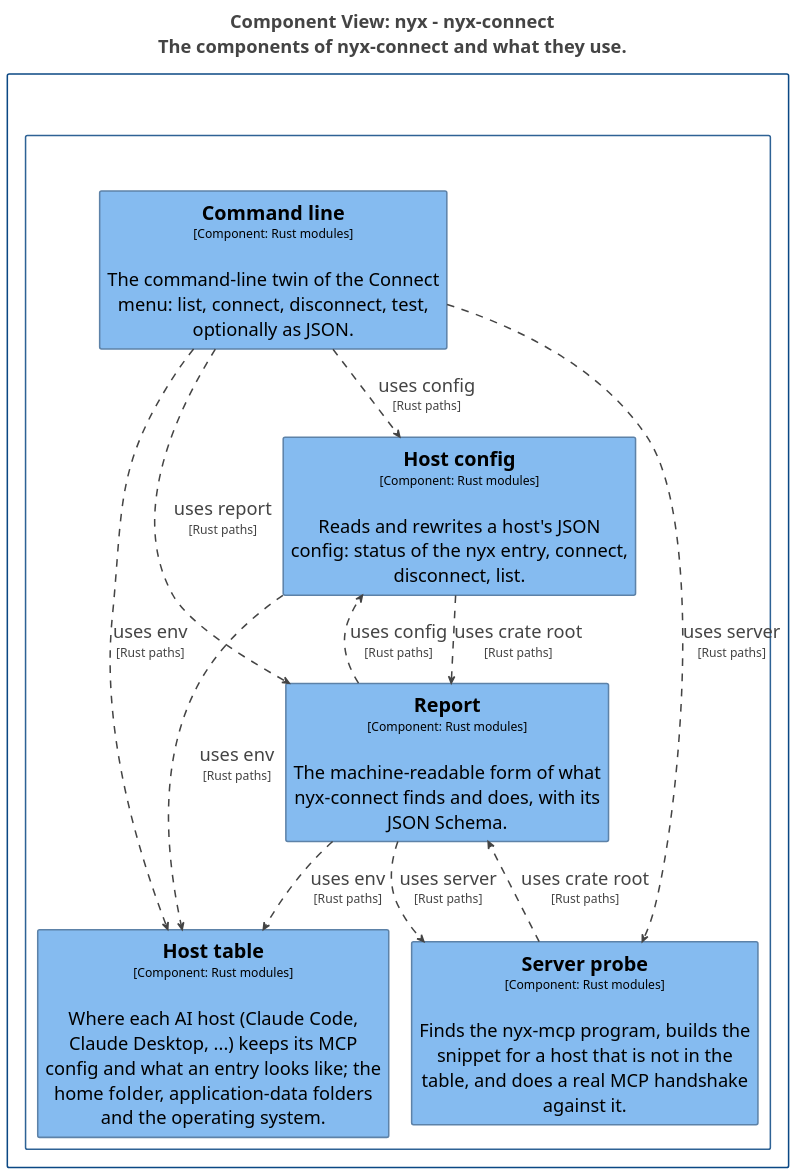
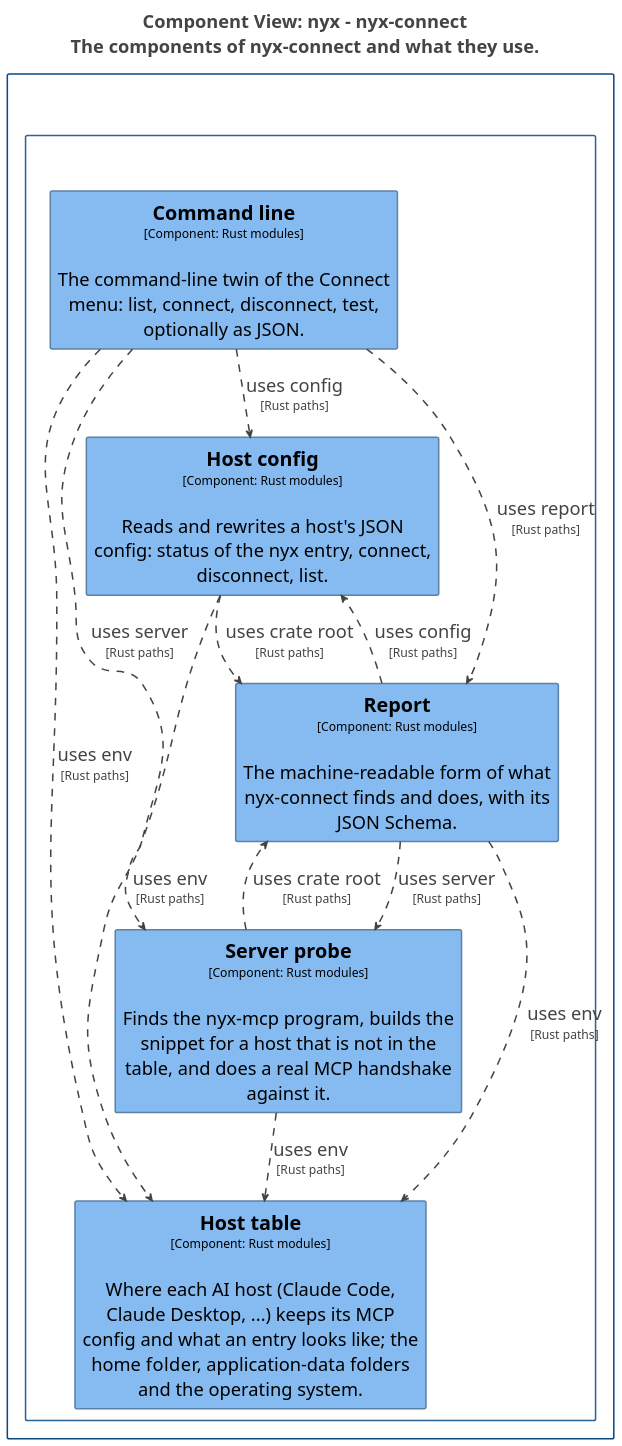
One commit to p-j-r/nyx changed the diagram in docs/architecture/c4/export/plantuml/structurizr-Components_connect.puml. Above: the diagram before and after it, drawn with PlantUML. The commit also changed 36 other files, not shown here.

```diff
--- a/docs/architecture/c4/export/plantuml/structurizr-Components_connect.puml
+++ b/docs/architecture/c4/export/plantuml/structurizr-Components_connect.puml
@@ -1,81 +1,82 @@
 @startuml
 title <size:24>Component View: nyx - nyx-connect</size>\n<size:24>The components of nyx-connect and what they use.</size>
 
 set separator none
 top to bottom direction
 skinparam ranksep 60
 skinparam nodesep 30
 hide stereotype
 
 <style>
   root {
     BackgroundColor: #ffffff;
     FontColor: #444444;
   }
   // Element,Component
   .Element-RWxlbWVudCxDb21wb25lbnQ= {
     BackgroundColor: #85bbf0;
     LineColor: #5d82a8;
     LineStyle: 0;
     LineThickness: 2;
     FontColor: #000000;
     FontSize: 24;
     HorizontalAlignment: center;
     Shadowing: 0;
     MaximumWidth: 450;
   }
   // Relationship
   .Relationship-UmVsYXRpb25zaGlw {
     LineThickness: 2;
     LineStyle: 10-10;
     LineColor: #444444;
     FontColor: #444444;
     FontSize: 24;
   }
   // nyx
   .Boundary-bnl4 {
     BackgroundColor: #ffffff;
     LineColor: #0b4884;
     LineStyle: 0;
     LineThickness: 2;
     FontColor: #ffffff;
     FontSize: 24;
     HorizontalAlignment: center;
     Shadowing: 0;
   }
   // nyx-connect
   .Boundary-bnl4LWNvbm5lY3Q= {
     BackgroundColor: #ffffff;
     LineColor: #2e6295;
     LineStyle: 0;
     LineThickness: 2;
     FontColor: #ffffff;
     FontSize: 24;
     HorizontalAlignment: center;
     Shadowing: 0;
   }
 </style>
 
 rectangle "nyx\n<size:16>[Software System]</size>" <<Boundary-bnl4>> {
   rectangle "nyx-connect\n<size:16>[Container: Rust library and binary]</size>" <<Boundary-bnl4LWNvbm5lY3Q=>> {
     rectangle "==Host table\n<size:16>[Component: Rust modules]</size>\n\nWhere each AI host (Claude Code, Claude Desktop, ...) keeps its MCP config and what an entry looks like; the home folder, application-data folders and the operating system." <<Element-RWxlbWVudCxDb21wb25lbnQ=>> as nyx.nyxconnect.Hosttable
     rectangle "==Host config\n<size:16>[Component: Rust modules]</size>\n\nReads and rewrites a host's JSON config: status of the nyx entry, connect, disconnect, list." <<Element-RWxlbWVudCxDb21wb25lbnQ=>> as nyx.nyxconnect.Hostconfig
     rectangle "==Server probe\n<size:16>[Component: Rust modules]</size>\n\nFinds the nyx-mcp program, builds the snippet for a host that is not in the table, and does a real MCP handshake against it." <<Element-RWxlbWVudCxDb21wb25lbnQ=>> as nyx.nyxconnect.Serverprobe
     rectangle "==Report\n<size:16>[Component: Rust modules]</size>\n\nThe machine-readable form of what nyx-connect finds and does, with its JSON Schema." <<Element-RWxlbWVudCxDb21wb25lbnQ=>> as nyx.nyxconnect.Report
     rectangle "==Command line\n<size:16>[Component: Rust modules]</size>\n\nThe command-line twin of the Connect menu: list, connect, disconnect, test, optionally as JSON." <<Element-RWxlbWVudCxDb21wb25lbnQ=>> as nyx.nyxconnect.Commandline
   }
 
 }
 
 nyx.nyxconnect.Commandline --> nyx.nyxconnect.Hostconfig <<Relationship-UmVsYXRpb25zaGlw>> : "uses config\n<size:16>[Rust paths]</size>"
 nyx.nyxconnect.Commandline --> nyx.nyxconnect.Hosttable <<Relationship-UmVsYXRpb25zaGlw>> : "uses env\n<size:16>[Rust paths]</size>"
 nyx.nyxconnect.Commandline --> nyx.nyxconnect.Report <<Relationship-UmVsYXRpb25zaGlw>> : "uses report\n<size:16>[Rust paths]</size>"
 nyx.nyxconnect.Commandline --> nyx.nyxconnect.Serverprobe <<Relationship-UmVsYXRpb25zaGlw>> : "uses server\n<size:16>[Rust paths]</size>"
 nyx.nyxconnect.Hostconfig --> nyx.nyxconnect.Hosttable <<Relationship-UmVsYXRpb25zaGlw>> : "uses env\n<size:16>[Rust paths]</size>"
 nyx.nyxconnect.Hostconfig --> nyx.nyxconnect.Report <<Relationship-UmVsYXRpb25zaGlw>> : "uses crate root\n<size:16>[Rust paths]</size>"
 nyx.nyxconnect.Report --> nyx.nyxconnect.Hostconfig <<Relationship-UmVsYXRpb25zaGlw>> : "uses config\n<size:16>[Rust paths]</size>"
 nyx.nyxconnect.Report --> nyx.nyxconnect.Hosttable <<Relationship-UmVsYXRpb25zaGlw>> : "uses env\n<size:16>[Rust paths]</size>"
 nyx.nyxconnect.Report --> nyx.nyxconnect.Serverprobe <<Relationship-UmVsYXRpb25zaGlw>> : "uses server\n<size:16>[Rust paths]</size>"
+nyx.nyxconnect.Serverprobe --> nyx.nyxconnect.Hosttable <<Relationship-UmVsYXRpb25zaGlw>> : "uses env\n<size:16>[Rust paths]</size>"
 nyx.nyxconnect.Serverprobe --> nyx.nyxconnect.Report <<Relationship-UmVsYXRpb25zaGlw>> : "uses crate root\n<size:16>[Rust paths]</size>"
 
 @enduml
```
